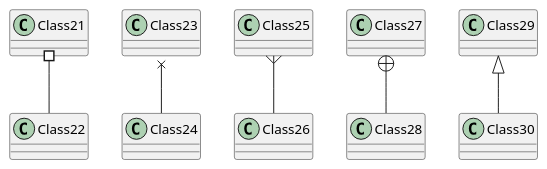
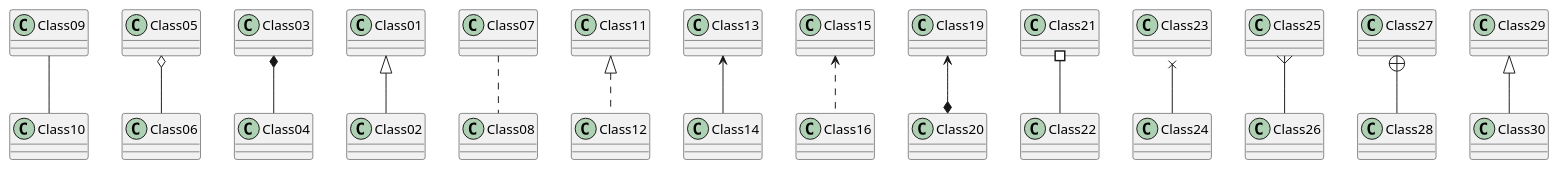
One commit to MichaelHabib/notebook changed the sixth of 8 diagrams in _drafts/_information-technology/programming_plantuml_plantuml-guide-using-asciidoc.adoc. Above: the diagram before and after it, drawn with PlantUML. The commit also changed other lines of this file, not shown here.

```diff
--- a/_drafts/_information-technology/programming_plantuml_plantuml-guide-using-asciidoc.adoc
+++ b/_drafts/_information-technology/programming_plantuml_plantuml-guide-using-asciidoc.adoc
@@ -44,8 +89,19 @@
-[plantuml]
+[plantuml,x,svg]
 ----
+Class09 -- Class10
+Class05 o-- Class06
+Class03 *-- Class04
+Class01 <|-- Class02
+Class07 .. Class08
+
+Class11 <|.. Class12
+Class13 <-- Class14
+Class15 <.. Class16
+Class19 <--* Class20
+
 Class21 #-- Class22
 Class23 x-- Class24
 Class25 }-- Class26
 Class27 +-- Class28
 Class29 ^-- Class30
 ----
```
